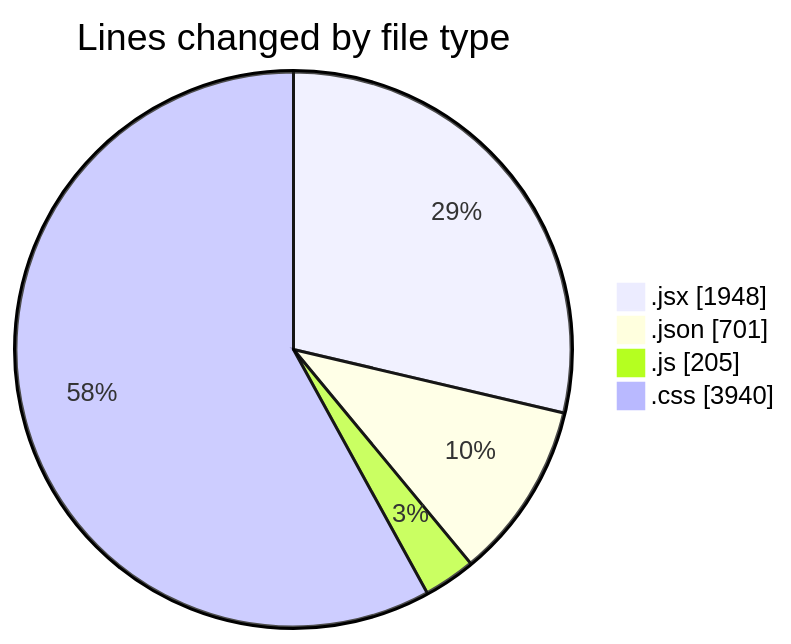
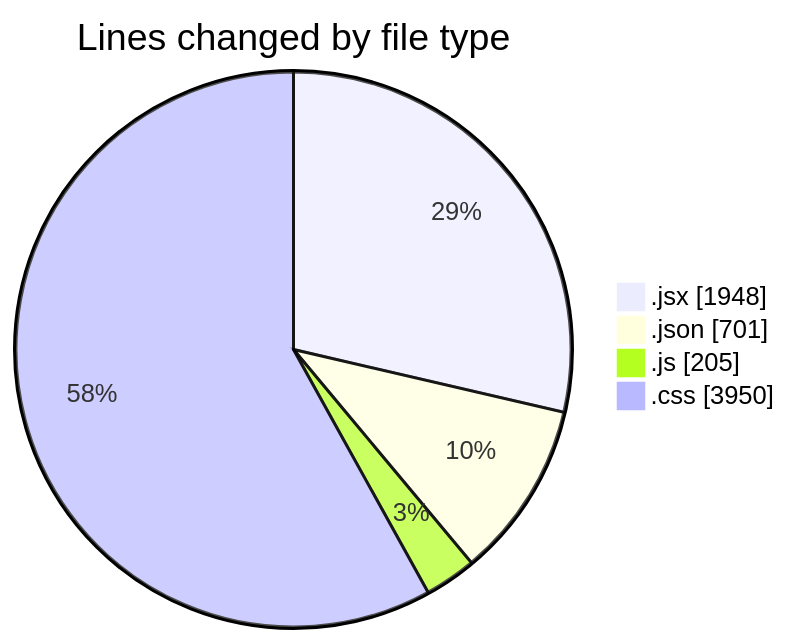
One commit to BS-eng2023/code-tracking changed the first of 2 diagrams in 2025-05-04/project/README.md. Above: the diagram before and after it, drawn with Mermaid. The commit also changed other lines of this file and 1 other file, not shown here.

````diff
--- a/2025-05-04/project/README.md
+++ b/2025-05-04/project/README.md
@@ -43,8 +43,8 @@
 ```mermaid
 pie showData
 title Lines changed by file type
 ".jsx" : 1948
 ".json" : 701
 ".js" : 205
-".css" : 3940
+".css" : 3950
 ```
````
